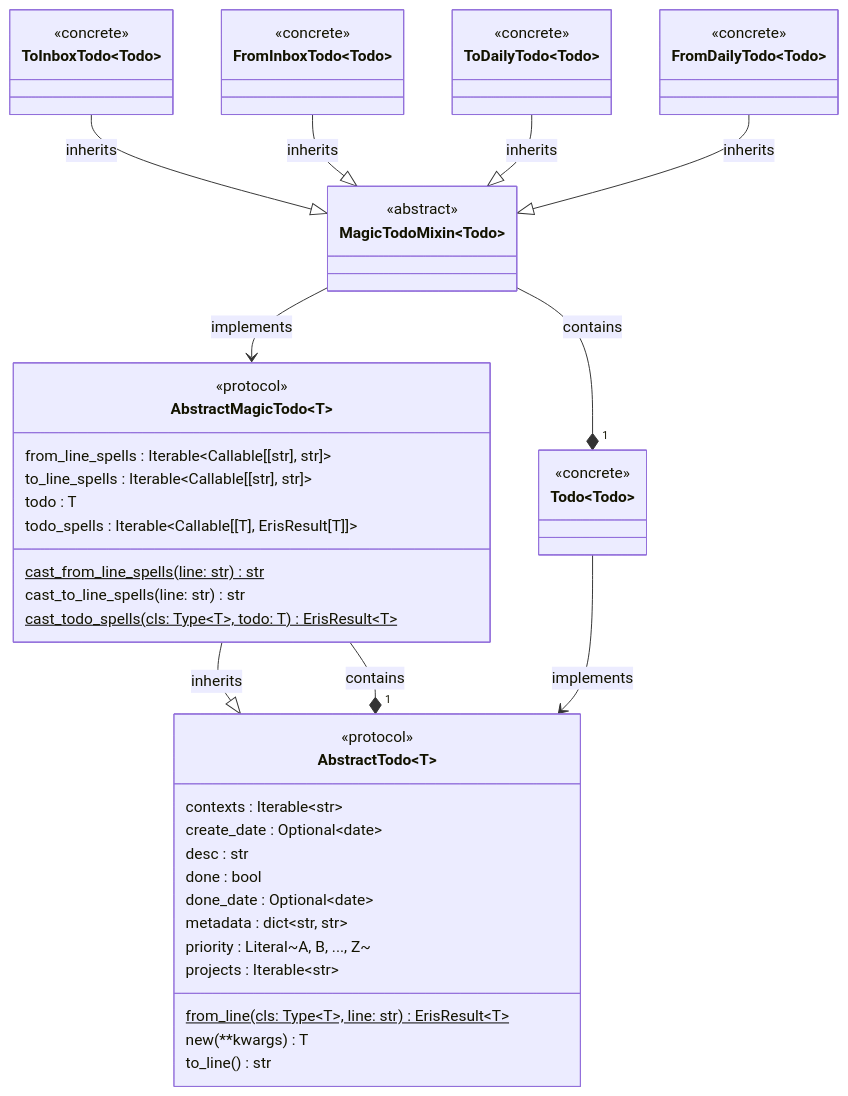
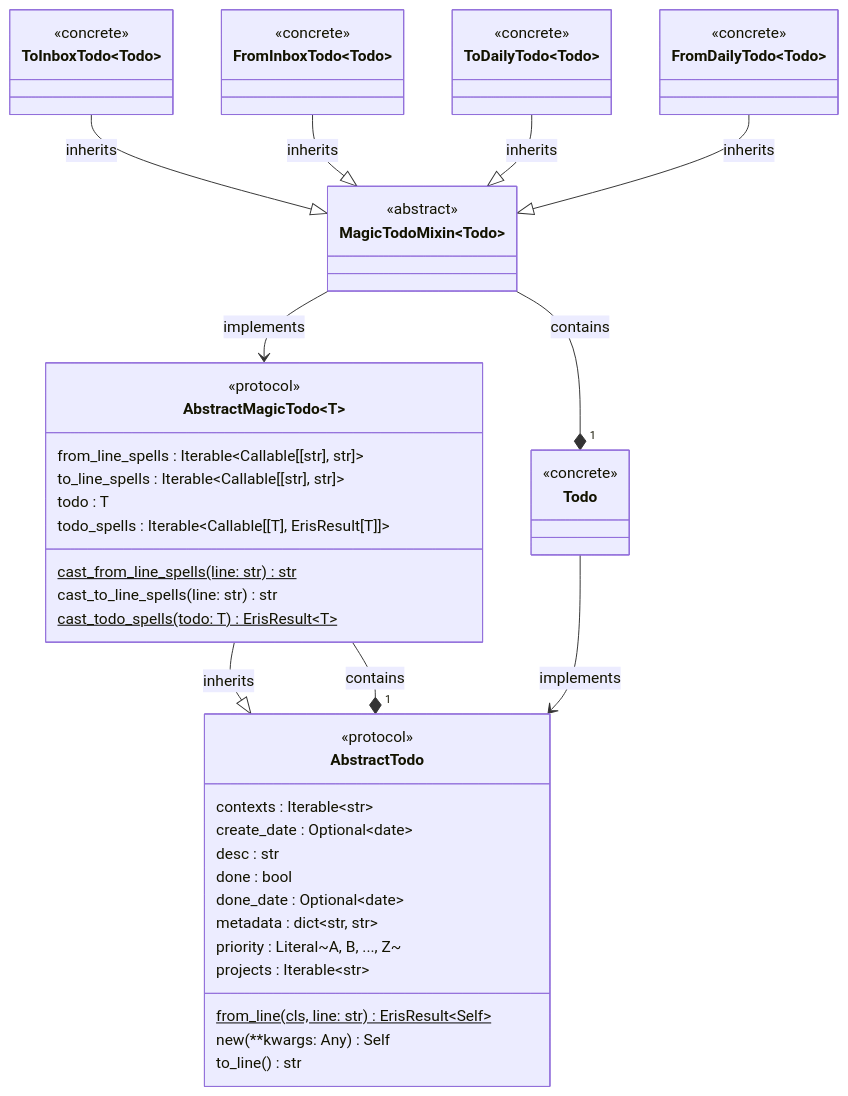
One commit to bbugyi200/greatday changed the second of 3 diagrams in docs/design/design.template.md. Above: the diagram before and after it, drawn with Mermaid. The commit also changed other lines of this file and 5 other files, not shown here.

Commit message:
Update diagrams again

````diff
--- a/docs/design/design.template.md
+++ b/docs/design/design.template.md
@@ -73,66 +74,66 @@
 ```mermaid
 classDiagram
-    class AbstractTodo~T~ {
+    class AbstractTodo {
         <<protocol>>
 
         contexts : Iterable~str~
         create_date : Optional~date~
         desc : str
         done : bool
         done_date : Optional~date~
         metadata : dict~str, str~
         priority : Literal~A, B, ..., Z~
         projects : Iterable~str~
 
-        from_line(cls: Type~T~, line: str)$ ErisResult~T~
-        new(**kwargs) T
+        from_line(cls, line: str)$ ErisResult~Self~
+        new(**kwargs: Any) Self
         to_line() str
     }
 
-    class Todo~Todo~ {
+    class Todo {
         <<concrete>>
     }
 
     class AbstractMagicTodo~T~ {
         <<protocol>>
 
         from_line_spells : Iterable~Callable[[str], str]~
         to_line_spells : Iterable~Callable[[str], str]~
         todo : T
         todo_spells : Iterable~Callable[[T], ErisResult[T]]~
 
         cast_from_line_spells(line: str)$ str
         cast_to_line_spells(line: str) str
-        cast_todo_spells(cls: Type~T~, todo: T)$ ErisResult~T~
+        cast_todo_spells(todo: T)$ ErisResult~T~
     }
 
     class MagicTodoMixin~Todo~ {
         <<abstract>>
     }
 
     class ToInboxTodo~Todo~ {
         <<concrete>>
     }
 
     class FromInboxTodo~Todo~ {
         <<concrete>>
     }
 
     class ToDailyTodo~Todo~ {
         <<concrete>>
     }
 
     class FromDailyTodo~Todo~ {
         <<concrete>>
     }
 
     AbstractMagicTodo --|> AbstractTodo: inherits
     AbstractMagicTodo --* "1" AbstractTodo: contains
     Todo --> AbstractTodo: implements
     MagicTodoMixin --> AbstractMagicTodo: implements
     MagicTodoMixin --* "1" Todo: contains
     ToInboxTodo --|> MagicTodoMixin: inherits
     FromInboxTodo --|> MagicTodoMixin: inherits
     ToDailyTodo --|> MagicTodoMixin: inherits
     FromDailyTodo --|> MagicTodoMixin: inherits
 ```
````
